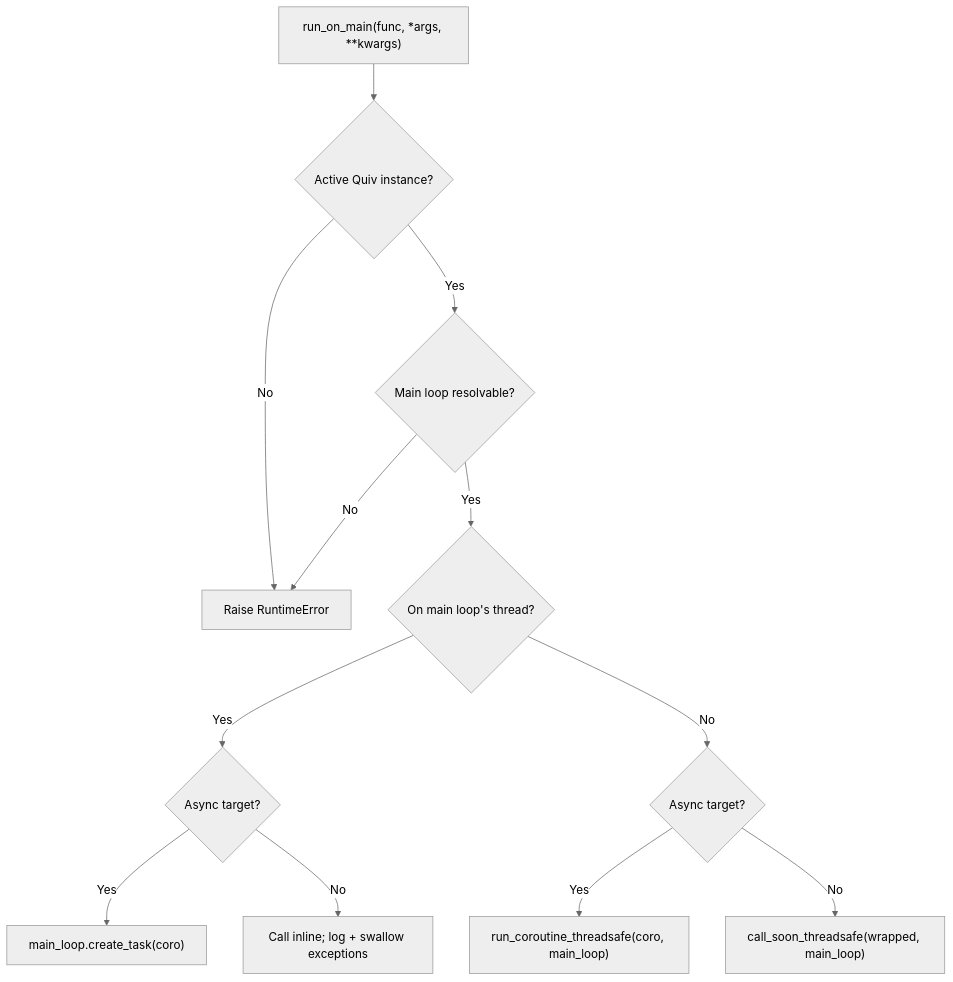
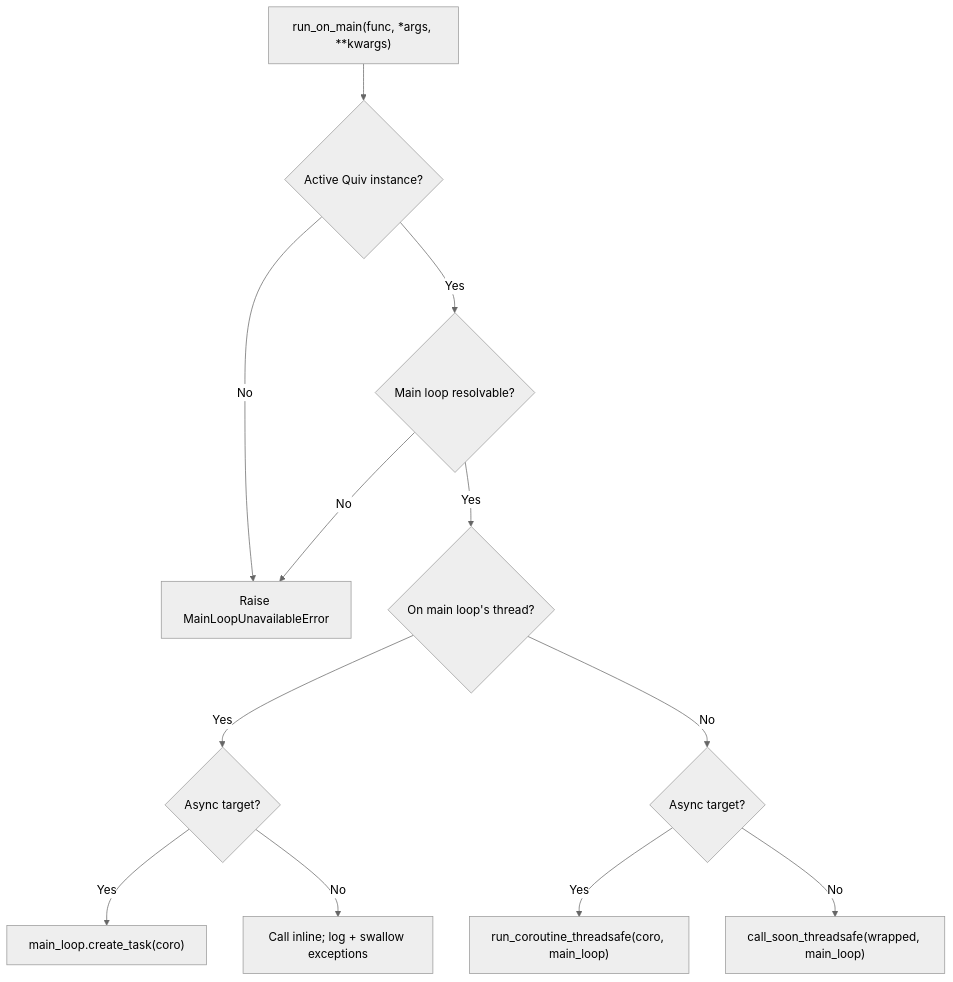
Before and after one commit to nandyalu/quiv: the first of 2 diagrams in docs/run-on-main.md, drawn with Mermaid (neutral theme). The commit also changed other lines of this file and 19 other files, not shown here.

````diff
--- a/docs/run-on-main.md
+++ b/docs/run-on-main.md
@@ -50,14 +52,14 @@
 ```mermaid
 flowchart TD
     A["run_on_main(func, *args, **kwargs)"] --> B{Active Quiv instance?}
-    B -- No --> R[Raise RuntimeError]
+    B -- No --> R[Raise MainLoopUnavailableError]
     B -- Yes --> C{Main loop resolvable?}
     C -- No --> R
     C -- Yes --> D{On main loop's thread?}
     D -- Yes --> E{Async target?}
     D -- No --> F{Async target?}
     E -- Yes --> G["main_loop.create_task(coro)"]
     E -- No --> H["Call inline; log + swallow exceptions"]
     F -- Yes --> I["run_coroutine_threadsafe(coro, main_loop)"]
     F -- No --> J["call_soon_threadsafe(wrapped, main_loop)"]
 ```
````
